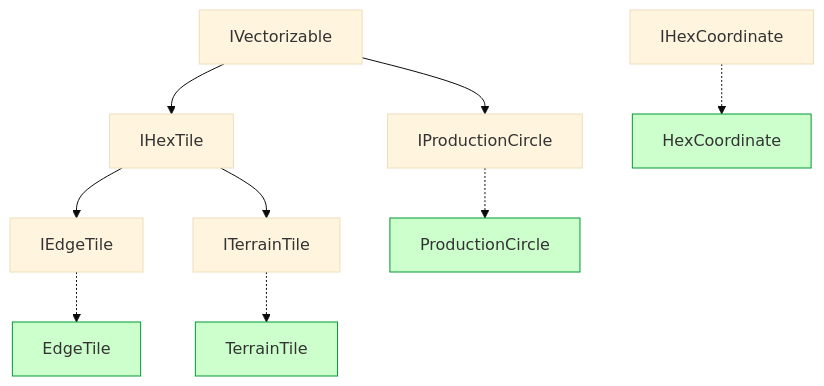
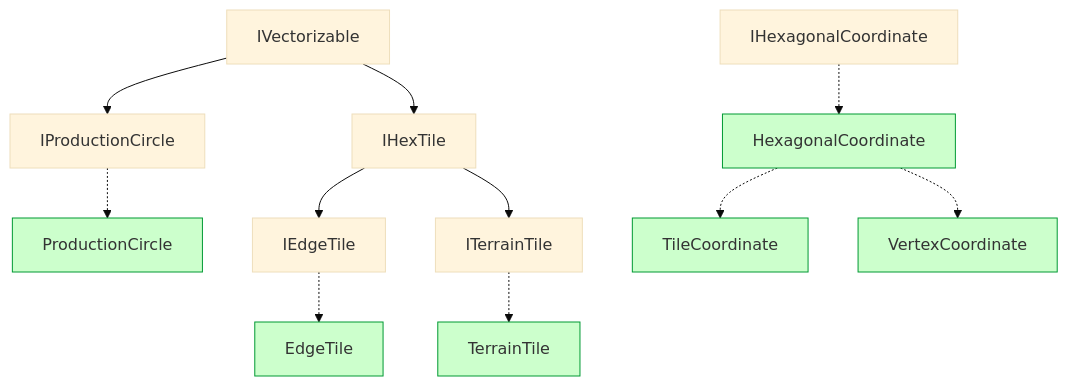
One commit to 3k-dome/catan-engine changed the diagram in README.md. Above: the diagram before and after it, drawn with Mermaid (base theme).

````diff
--- a/README.md
+++ b/README.md
@@ -3,22 +3,26 @@
 ```mermaid
 flowchart TD
     IVectorizable --> IProductionCircle
     
     IVectorizable --> IHexTile
     
     IHexTile --> IEdgeTile
     IEdgeTile -.-> EdgeTile
 
     IHexTile --> ITerrainTile
     ITerrainTile -.-> TerrainTile
-   
-    IHexCoordinate -.-> HexCoordinate
-    
+       
+    IHexagonalCoordinate -.-> HexagonalCoordinate
+    HexagonalCoordinate -.-> TileCoordinate
+    HexagonalCoordinate -.-> VertexCoordinate
+
     IProductionCircle -.-> ProductionCircle
     
     style ProductionCircle fill:#ccffcc, stroke:#009933
     style EdgeTile fill:#ccffcc, stroke:#009933
     style TerrainTile fill:#ccffcc, stroke:#009933
-    style HexCoordinate fill:#ccffcc, stroke:#009933
+    style HexagonalCoordinate fill:#ccffcc, stroke:#009933
+    style TileCoordinate fill:#ccffcc, stroke:#009933
+    style VertexCoordinate fill:#ccffcc, stroke:#009933
 
 ```
````
